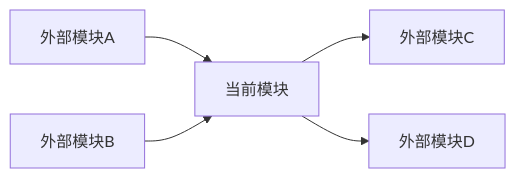
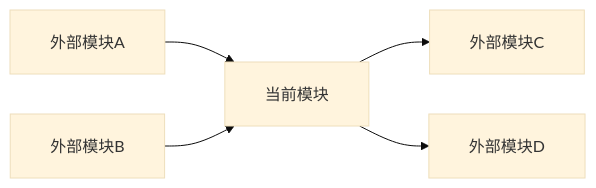
One commit to hproof/claude-market-gamedev changed the fourth of 5 diagrams in plugins/code-analyzer/skills/module-analyzer/SKILL.md. Above: the diagram before and after it, drawn with Mermaid. The commit also changed other lines of this file and 1 other file, not shown here.

First line of the commit message:
feat(code-analyzer): 优化 Mermaid 图表高度显示

````diff
--- a/plugins/code-analyzer/skills/module-analyzer/SKILL.md
+++ b/plugins/code-analyzer/skills/module-analyzer/SKILL.md
@@ -188,7 +191,8 @@
 ```mermaid
+%%{init: {'theme': 'base', 'flowchart': { 'useMaxWidth': true, 'padding': 20, 'nodeSpacing': 40, 'rankSpacing': 60 }}}%%
 graph LR
     ExtA[外部模块A] --> ThisMod[当前模块]
     ExtB[外部模块B] --> ThisMod
     ThisMod --> ExtC[外部模块C]
     ThisMod --> ExtD[外部模块D]
 ```
````
